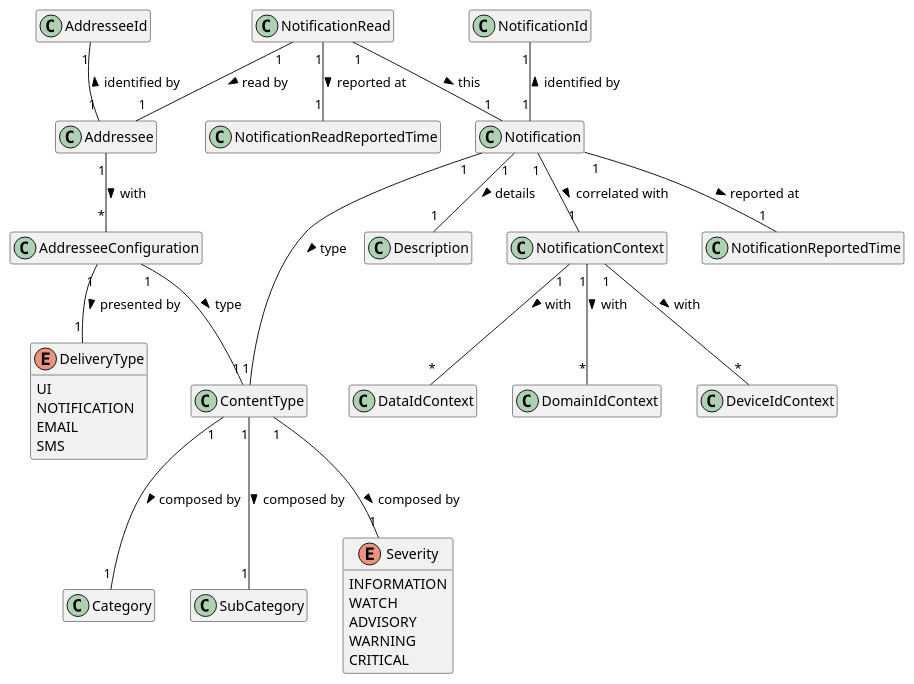
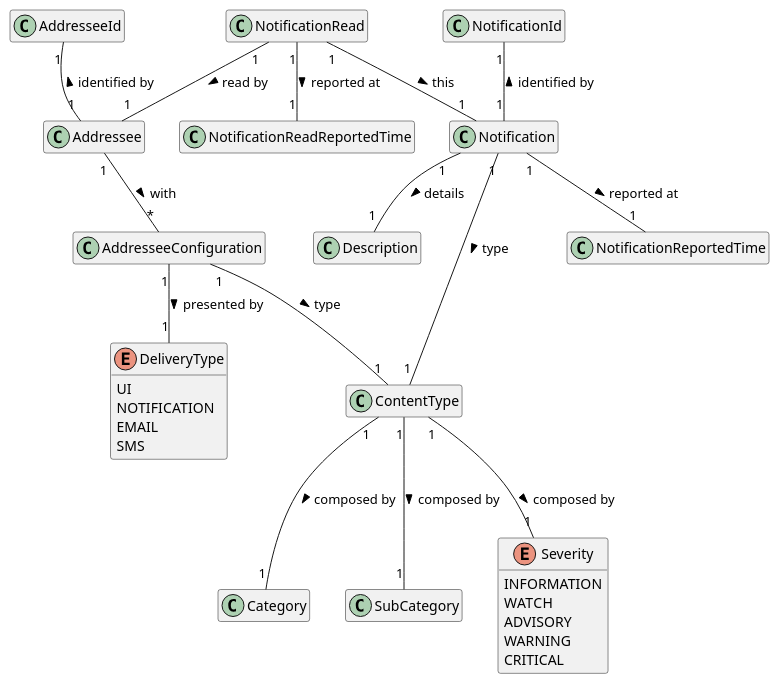
Before and after one commit to FilipeMCruz/dissertation: the diagram in assets/diagrams/design/domain/notification-management-model.pu, drawn with PlantUML. The commit also changed 296 other files, not shown here.

```diff
--- a/assets/diagrams/design/domain/notification-management-model.pu
+++ b/assets/diagrams/design/domain/notification-management-model.pu
@@ -1,78 +1,65 @@
 @startuml notification-management-model
 
 hide empty members
 
 class Notification
 
 class NotificationId
 
 class NotificationReportedTime
-
-class NotificationContext
-
-class DataIdContext
-
-class DomainIdContext
-
-class DeviceIdContext
 
 class Description
 
 class ContentType
 
 class Category
 
 class SubCategory
 
 enum Severity {
     INFORMATION
     WATCH
     ADVISORY
     WARNING
     CRITICAL
 }
 
 class Addressee
 
 class AddresseeId
 
 class AddresseeConfiguration
 
 enum DeliveryType {
     UI
     NOTIFICATION
     EMAIL
     SMS
 }
 
 class NotificationRead
 
 class NotificationReadReportedTime
 
 Notification "1" -- "1" ContentType : type >
 NotificationId "1" -- "1" Notification : identified by <
 Notification "1" -- "1" Description : details >
-Notification "1" -- "1" NotificationContext : correlated with >
 Notification "1" -- "1" NotificationReportedTime : reported at >
 
 ContentType "1" -- "1" Category : composed by >
 ContentType "1" -- "1" SubCategory : composed by >
 ContentType "1" -- "1" Severity : composed by >
 
 AddresseeId "1" -- "1" Addressee : identified by <
 
 Addressee "1" -- "*" AddresseeConfiguration : with >
 
 AddresseeConfiguration "1" -- "1" DeliveryType : presented by >
 AddresseeConfiguration "1" -- "1" ContentType : type >
 
-NotificationContext "1" -- "*" DataIdContext : with >
-NotificationContext "1" -- "*" DeviceIdContext : with >
-NotificationContext "1" -- "*" DomainIdContext : with >
-
 NotificationRead "1" -- "1" Notification : this >
 NotificationRead "1"-- "1" NotificationReadReportedTime : reported at >
 
 NotificationRead "1" -- "1" Addressee : read by >
 
 @enduml
```
